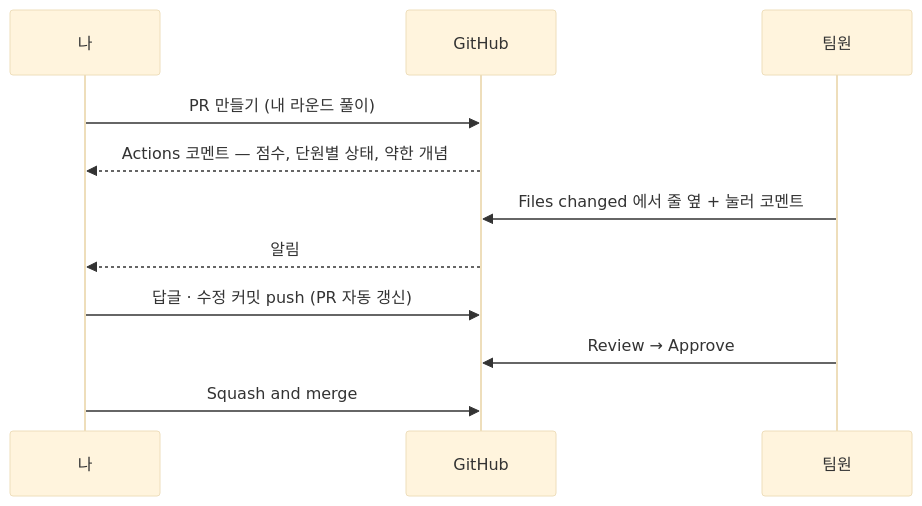
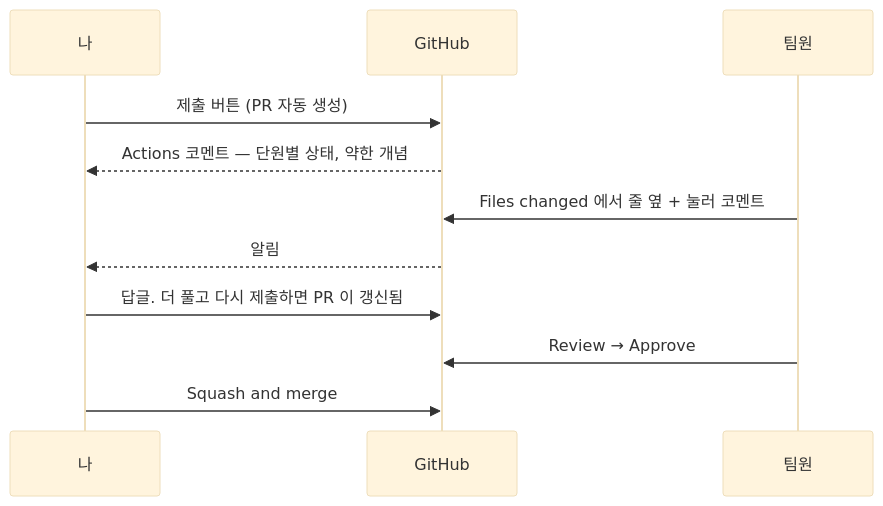
The second of 2 diagrams in docs/GIT_GUIDE.md (WaterMinCho/rokey-python-study), drawn with Mermaid (base theme) before and after one commit. The commit also changed other lines of this file and 13 other files, not shown here.

````diff
--- a/docs/GIT_GUIDE.md
+++ b/docs/GIT_GUIDE.md
@@ -141,13 +61,13 @@
 ```mermaid
 sequenceDiagram
     participant 나
     participant GitHub
     participant 팀원
-    나->>GitHub: PR 만들기 (내 라운드 풀이)
-    GitHub-->>나: Actions 코멘트 — 점수, 단원별 상태, 약한 개념
+    나->>GitHub: 제출 버튼 (PR 자동 생성)
+    GitHub-->>나: Actions 코멘트 — 단원별 상태, 약한 개념
     팀원->>GitHub: Files changed 에서 줄 옆 + 눌러 코멘트
     GitHub-->>나: 알림
-    나->>GitHub: 답글 · 수정 커밋 push (PR 자동 갱신)
+    나->>GitHub: 답글. 더 풀고 다시 제출하면 PR 이 갱신됨
     팀원->>GitHub: Review → Approve
     나->>GitHub: Squash and merge
 ```
````
